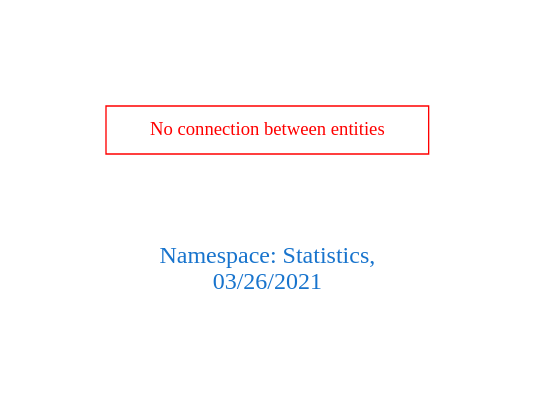
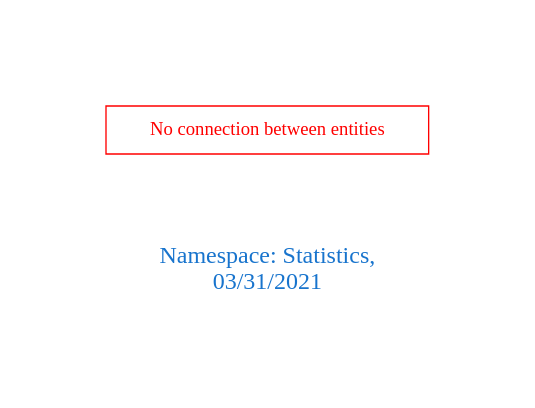
One commit to arago/OGIT changed the diagram in downloads/Statistics.dot. Above: the diagram before and after it, drawn with Graphviz. The commit also changed 1853 other files, not shown here.

```diff
--- a/downloads/Statistics.dot
+++ b/downloads/Statistics.dot
@@ -1,9 +1,9 @@
 digraph OGIT_ontology {
  graph [ rankdir= LR,pad=1 
 fontsize = 18,
-fontcolor= dodgerblue3,label = "\n\n\nNamespace: Statistics, \n 03/26/2021"];
+fontcolor= dodgerblue3,label = "\n\n\nNamespace: Statistics, \n 03/31/2021"];
 node[shape=polygon];
 edge [  color="gray81"];
 
 "No connection between entities" [fontcolor = "red",color="red", shape="polygon"]
 }
```
